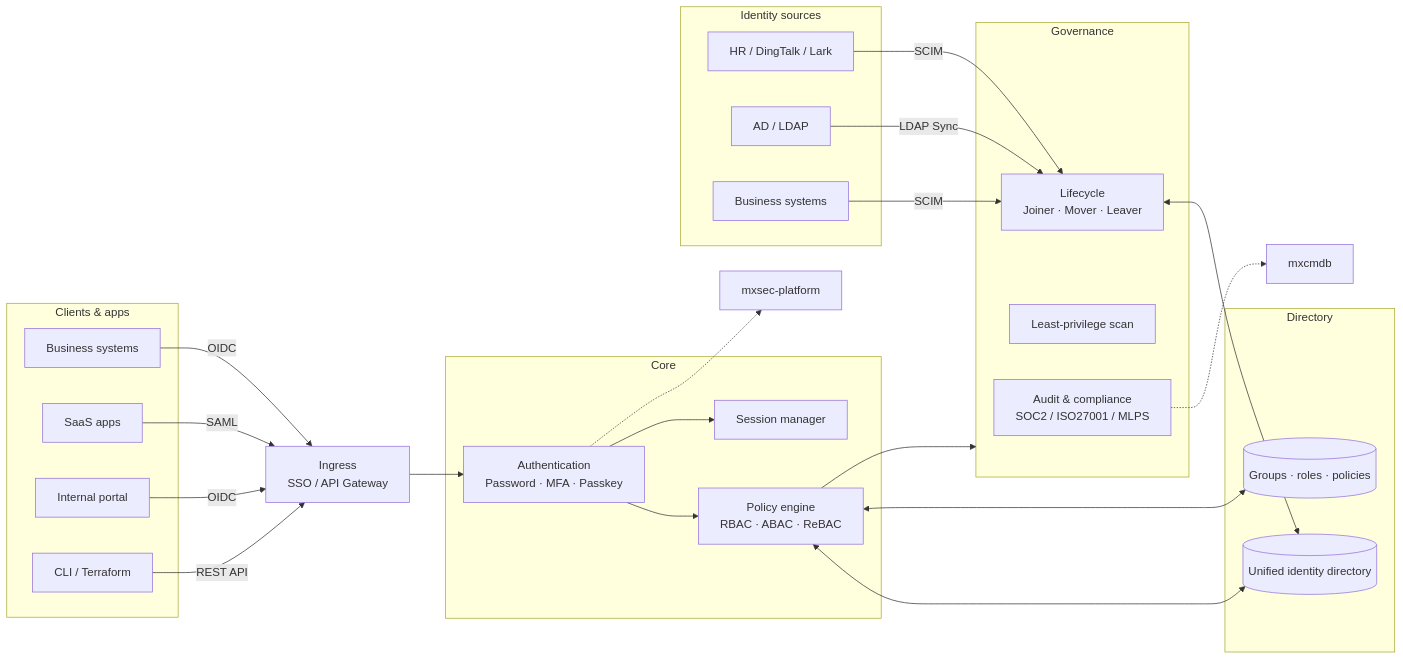
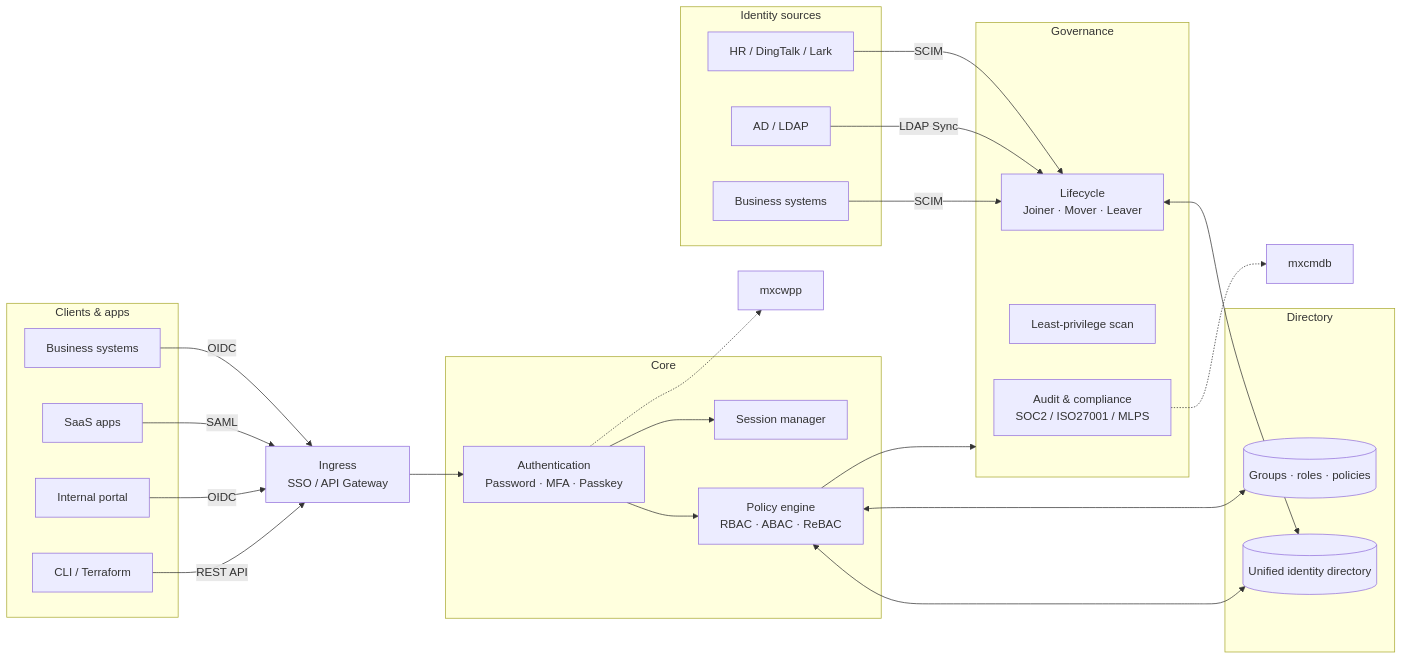
The diagram in content/english/products/mxid.md (matrixplusio/mxsite), drawn with Mermaid before and after one commit. The commit also changed other lines of this file and 39 other files, not shown here.

First line of the commit message:
refactor: rename product mxsec-platform to mxcwpp

```diff
--- a/content/english/products/mxid.md
+++ b/content/english/products/mxid.md
@@ -28,56 +28,56 @@
 {{< mermaid >}}
 graph LR
   subgraph CLI[Clients & apps]
     APP1[Business systems]
     APP2[SaaS apps]
     APP3[Internal portal]
     CLI1[CLI / Terraform]
   end
 
   APP1 -->|OIDC| GW
   APP2 -->|SAML| GW
   APP3 -->|OIDC| GW
   CLI1 -->|REST API| GW
 
   GW[Ingress<br/>SSO / API Gateway]
 
   subgraph CORE[Core]
     AUTH[Authentication<br/>Password · MFA · Passkey]
     POLICY[Policy engine<br/>RBAC · ABAC · ReBAC]
     SESSION[Session manager]
   end
 
   GW --> AUTH
   AUTH --> POLICY
   AUTH --> SESSION
 
   subgraph GOV[Governance]
     LIFECYCLE[Lifecycle<br/>Joiner · Mover · Leaver]
     GOVERN[Least-privilege scan]
     AUDIT[Audit & compliance<br/>SOC2 / ISO27001 / MLPS]
   end
 
   POLICY --> GOV
 
   subgraph DIR[Directory]
     DIRECTORY[(Unified identity directory)]
     GROUPS[(Groups · roles · policies)]
   end
 
   POLICY <--> DIRECTORY
   POLICY <--> GROUPS
   LIFECYCLE <--> DIRECTORY
 
   subgraph SRC[Identity sources]
     HR[HR / DingTalk / Lark]
     AD[AD / LDAP]
     SYS[Business systems]
   end
 
   HR -->|SCIM| LIFECYCLE
   AD -->|LDAP Sync| LIFECYCLE
   SYS -->|SCIM| LIFECYCLE
 
   AUDIT -.-> CMDB[mxcmdb]
-  AUTH -.-> MXSEC[mxsec-platform]
+  AUTH -.-> MXSEC[mxcwpp]
 {{< /mermaid >}}
```
